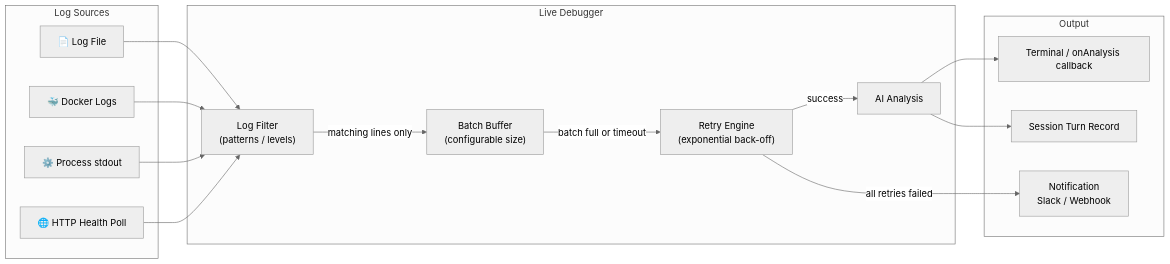
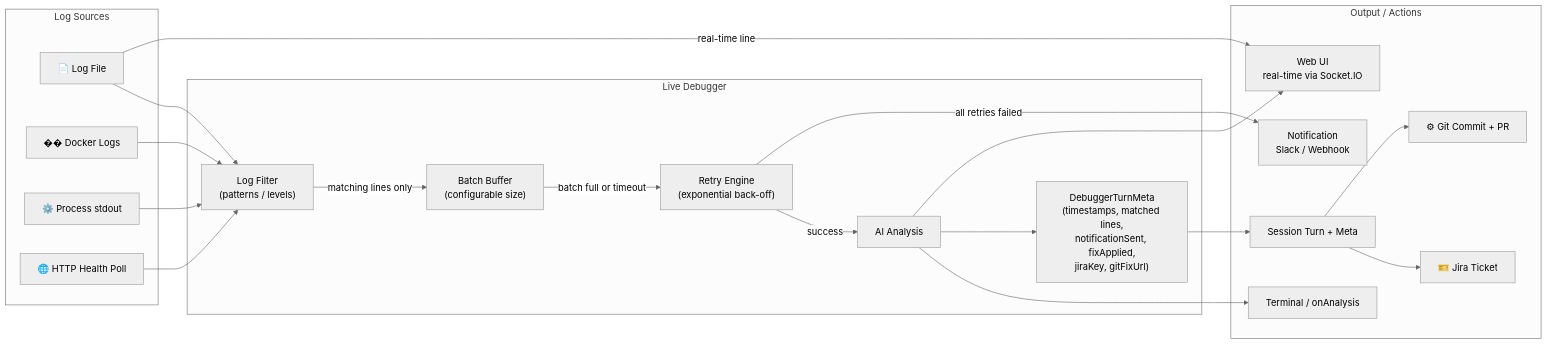
One commit to fury-r/fusion-agent changed the third of 4 diagrams in README.md. Above: the diagram before and after it, drawn with Mermaid (neutral theme). The commit also changed other lines of this file and 2 other files, not shown here.

First line of the commit message:
docs: update README — Debugger UI, Jira/Git integrations, session naming, REST API reference

````diff
--- a/README.md
+++ b/README.md
@@ -114,34 +123,43 @@
 ```mermaid
 flowchart LR
     subgraph Sources["Log Sources"]
         LF[📄 Log File]
-        DC[🐳 Docker Logs]
+        DC[�� Docker Logs]
         PR[⚙️ Process stdout]
         HP[🌐 HTTP Health Poll]
     end
 
     subgraph Debugger["Live Debugger"]
         Filter["Log Filter\n(patterns / levels)"]
         Batcher["Batch Buffer\n(configurable size)"]
         Retry["Retry Engine\n(exponential back-off)"]
         AI[AI Analysis]
+        Meta["DebuggerTurnMeta\n(timestamps, matched lines,\nnotificationSent, fixApplied,\njiraKey, gitFixUrl)"]
     end
 
-    subgraph Output["Output"]
-        Terminal[Terminal / onAnalysis callback]
-        Session[Session Turn Record]
+    subgraph Output["Output / Actions"]
+        Terminal[Terminal / onAnalysis]
+        Session[Session Turn + Meta]
         Notif[Notification\nSlack / Webhook]
+        WebUI[Web UI\nreal-time via Socket.IO]
+        Jira[🎫 Jira Ticket]
+        Git[⚙ Git Commit + PR]
     end
 
     LF --> Filter
     DC --> Filter
     PR --> Filter
     HP --> Filter
 
     Filter -->|matching lines only| Batcher
     Batcher -->|"batch full or timeout"| Retry
     Retry -->|success| AI
     AI --> Terminal
-    AI --> Session
+    AI --> Meta
+    Meta --> Session
+    Session --> Jira
+    Session --> Git
     Retry -->|all retries failed| Notif
+    AI --> WebUI
+    LF -->|real-time line| WebUI
 ```
````
